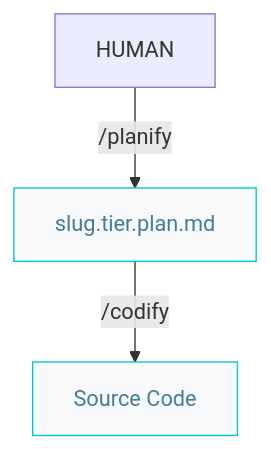
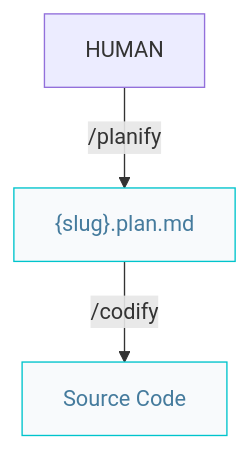
Before and after one commit to AIDDbot/AIDDbot: the second of 4 diagrams in docs/codify.pipelines.md, drawn with Mermaid. The commit also changed other lines of this file and 3 other files, not shown here.

````diff
--- a/docs/codify.pipelines.md
+++ b/docs/codify.pipelines.md
@@ -17,11 +17,11 @@
 ```mermaid
 flowchart TD  
   HUM[HUMAN]
-  PLN["slug.tier.plan.md"]:::nd
+  PLN["{slug}.plan.md"]:::nd
   COD[Source Code]:::nd
 
   HUM -->|/planify| PLN
   PLN -->|/codify| COD
 
   classDef nd fill:#f8fafc,stroke:#00c4cc,color:#457b9d
 ```
````
